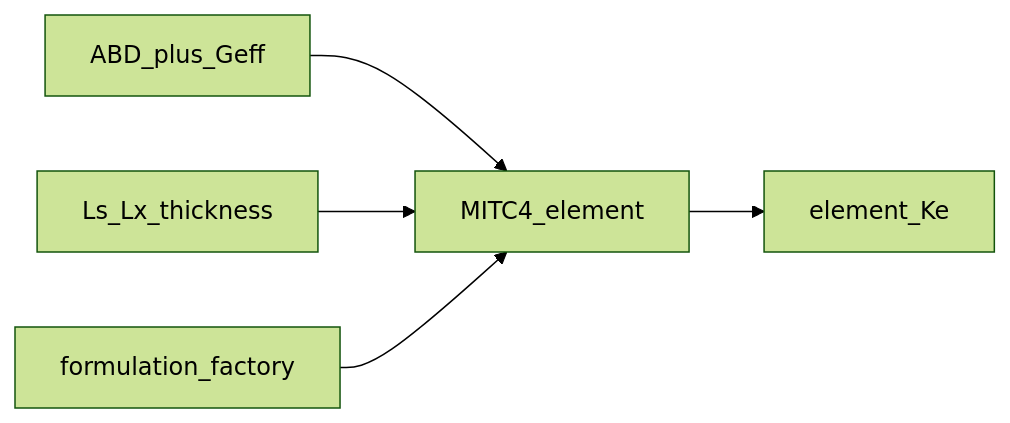
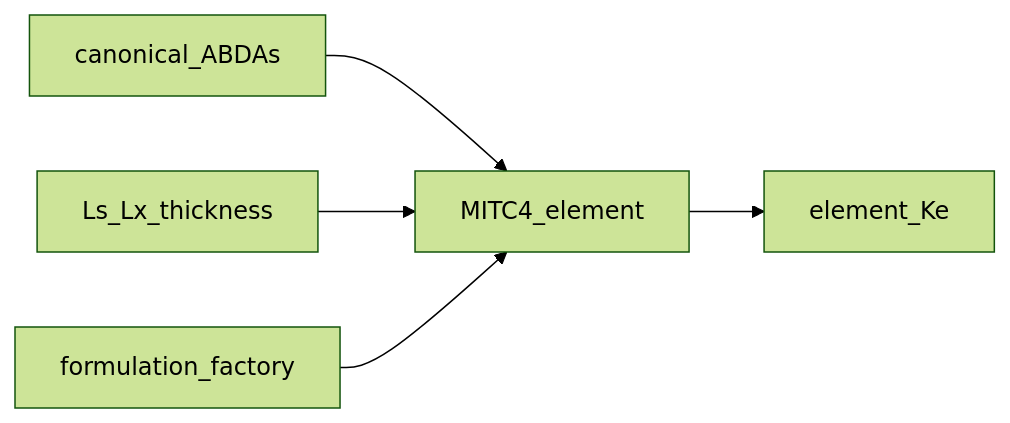
Before and after one commit to samhughes-fea/shell-fem: the diagram in section_shell_fea/pre_processing/element_library/README.md, drawn with Mermaid (forest theme). The commit also changed other lines of this file and 126 other files, not shown here.

First line of the commit message:
refactor(section-shell-fea): element registry, constraint composer and MITC4 package split

````diff
--- a/section_shell_fea/pre_processing/element_library/README.md
+++ b/section_shell_fea/pre_processing/element_library/README.md
@@ -76,7 +84,7 @@
 ```mermaid
 flowchart LR
-  abd[ABD_plus_Geff] --> mitc[MITC4_element]
+  abd[canonical_ABDAs] --> mitc[MITC4_element]
   geom[Ls_Lx_thickness] --> mitc
   mitc --> Ke[element_Ke]
   factory[formulation_factory] --> mitc
 ```
````
